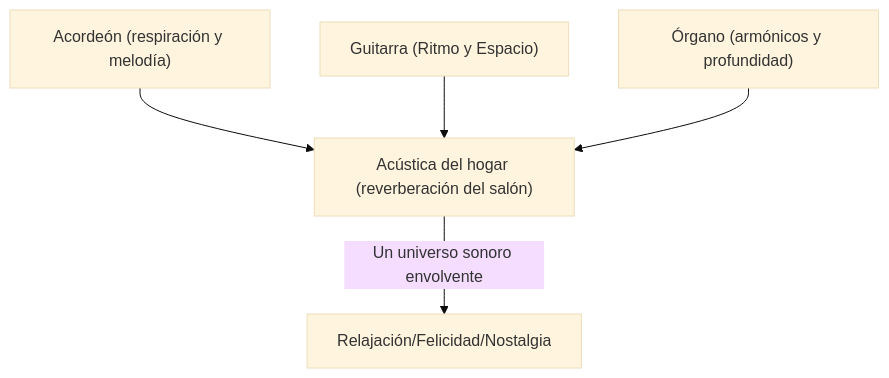
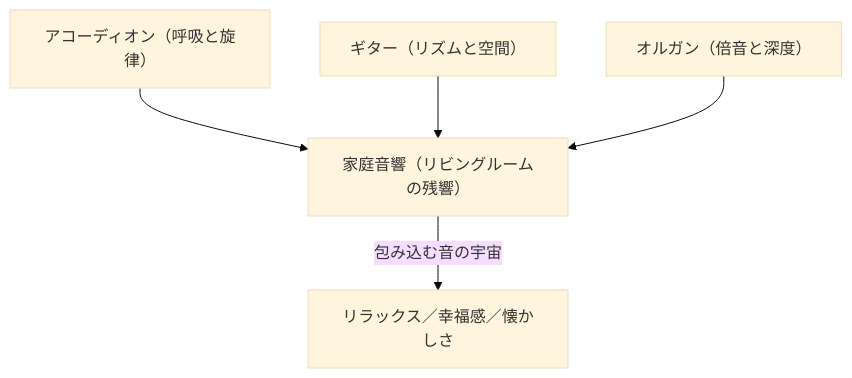
Before and after one commit to monumental-movement/monumental-movement.github.io: the second of 2 diagrams in es/_posts/2025-10-28-column-three-suns.md, drawn with Mermaid (base theme). The commit also changed other lines of this file and 299 other files, not shown here.

```diff
--- a/es/_posts/2025-10-28-column-three-suns.md
+++ b/es/_posts/2025-10-28-column-three-suns.md
@@ -178,14 +178,14 @@
 <div class="mermaid">
 
 flowchart TD
-    A["Acordeón (respiración y melodía)"]
-    B["Guitarra (Ritmo y Espacio)"]
-    C["Órgano (armónicos y profundidad)"]
-    D["Acústica del hogar (reverberación del salón)"]
+    A["アコーディオン（呼吸と旋律）"]
+    B["ギター（リズムと空間）"]
+    C["オルガン（倍音と深度）"]
+    D["家庭音響（リビングルームの残響）"]
 
     A --> D
     B --> D
     C --> D
-    D -->|"Un universo sonoro envolvente"| E["Relajación/Felicidad/Nostalgia"]
+    D -->|"包み込む音の宇宙"| E["リラックス／幸福感／懐かしさ"]
 
 </div>
```
